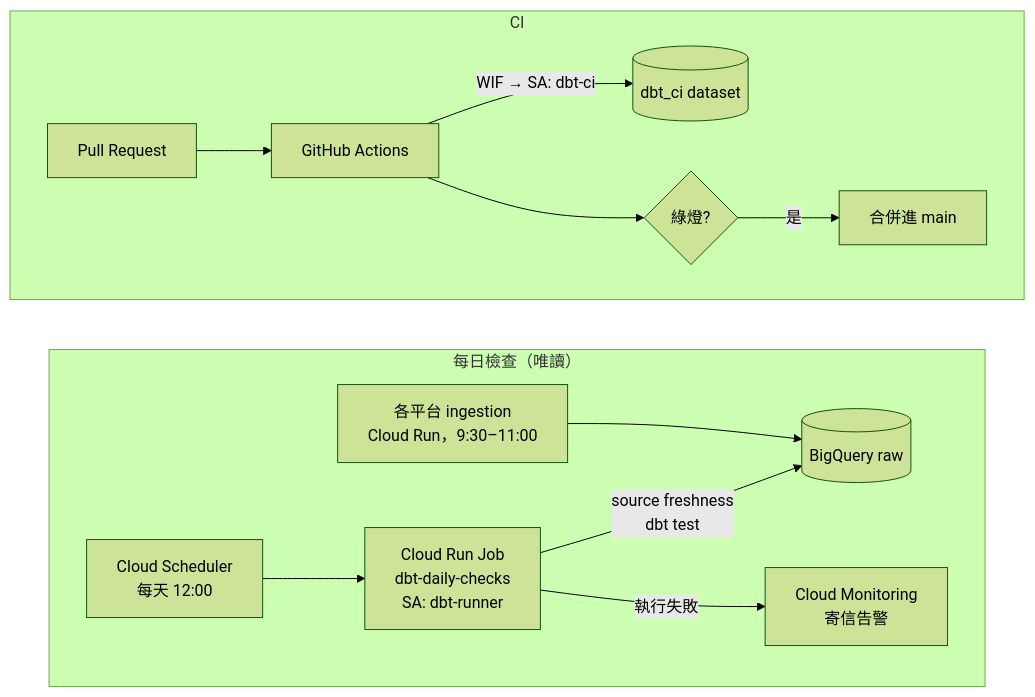
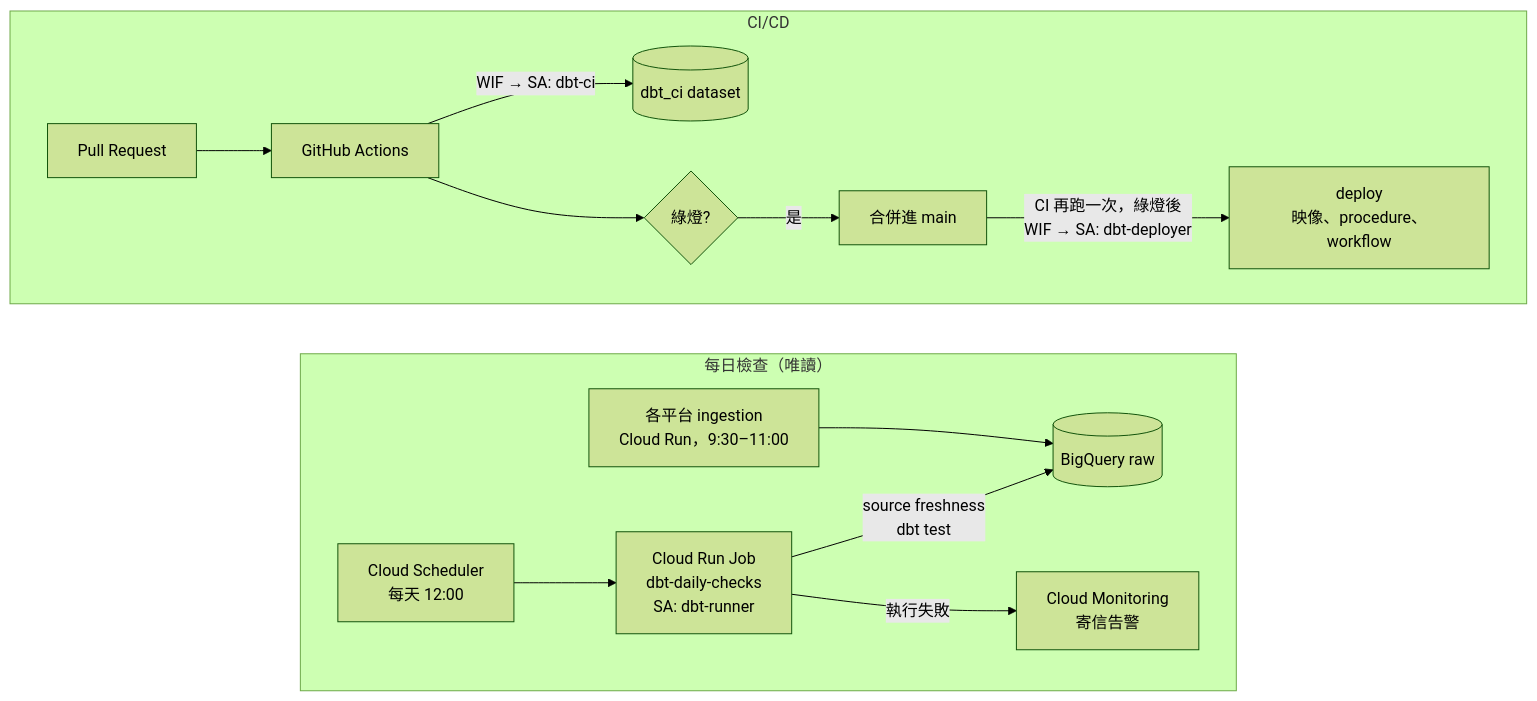
The first of 2 diagrams in orchestration/README.md (shangweiyang79/taiwanplus-dbt), drawn with Mermaid (forest theme) before and after one commit. The commit also changed other lines of this file and 2 other files, not shown here.

First line of the commit message:
Add CD: deploy daily-checks image, procedures and workflow on main

````diff
--- a/orchestration/README.md
+++ b/orchestration/README.md
@@ -5,17 +5,18 @@
 ```mermaid
 flowchart LR
     subgraph daily["每日檢查（唯讀）"]
         direction LR
         ING["各平台 ingestion<br/>Cloud Run，9:30–11:00"] --> RAW[("BigQuery raw")]
         SCH["Cloud Scheduler<br/>每天 12:00"] --> JOB["Cloud Run Job<br/>dbt-daily-checks<br/>SA: dbt-runner"]
         JOB -->|"source freshness<br/>dbt test"| RAW
         JOB -->|執行失敗| MON["Cloud Monitoring<br/>寄信告警"]
     end
-    subgraph ci["CI"]
+    subgraph ci["CI/CD"]
         direction LR
         PR["Pull Request"] --> GHA["GitHub Actions"]
         GHA -->|"WIF → SA: dbt-ci"| CIDS[("dbt_ci dataset")]
         GHA --> CHK{"綠燈?"}
         CHK -->|是| MAIN["合併進 main"]
+        MAIN -->|"CI 再跑一次，綠燈後<br/>WIF → SA: dbt-deployer"| DEP["deploy<br/>映像、procedure、workflow"]
     end
 ```
````
